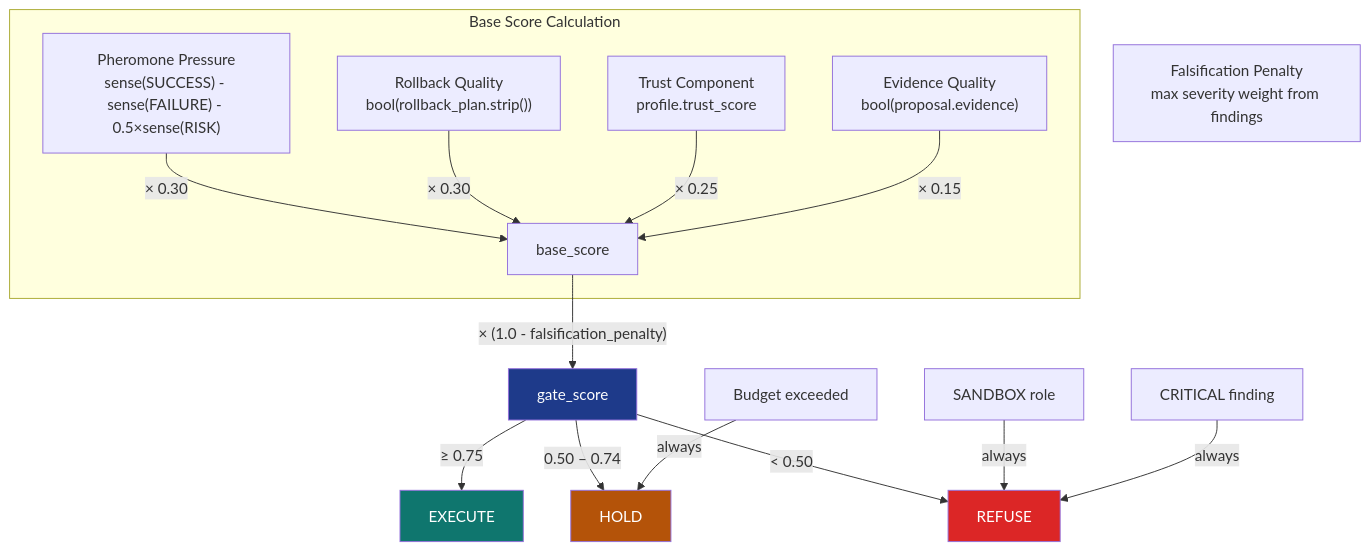
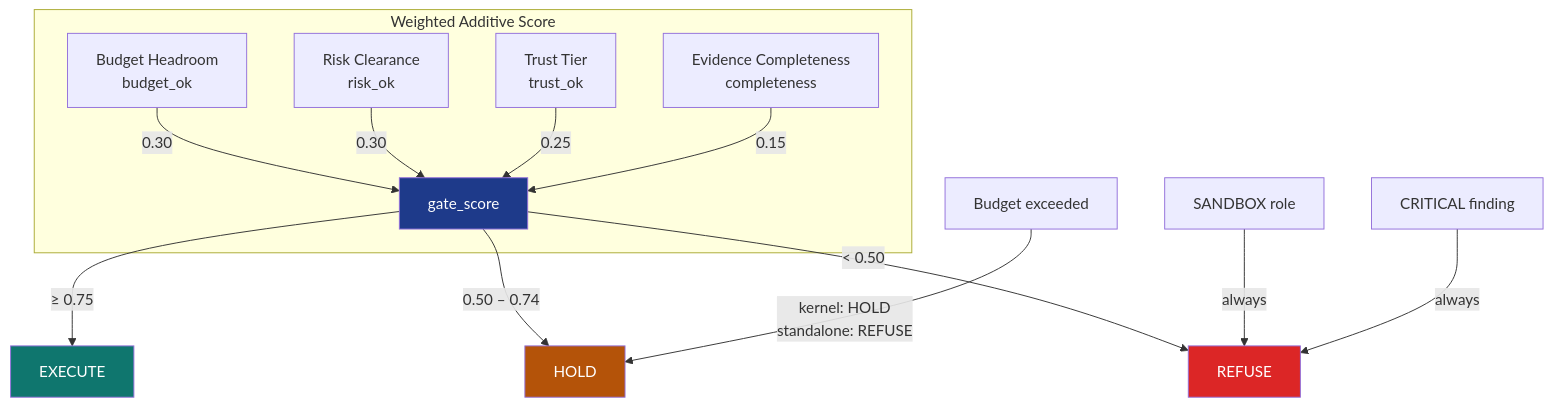
The first of 3 diagrams in docs/modules/colony_kernel/SPEC.md (docxology/codomyrmex), drawn with Mermaid before and after one commit. The commit also changed other lines of this file and 948 other files, not shown here.

````diff
--- a/docs/modules/colony_kernel/SPEC.md
+++ b/docs/modules/colony_kernel/SPEC.md
@@ -41,30 +49,27 @@
 ```mermaid
 flowchart TD
-    P["Pheromone Pressure<br/>sense(SUCCESS) - sense(FAILURE) - 0.5×sense(RISK)"]
-    R["Rollback Quality<br/>bool(rollback_plan.strip())"]
-    T["Trust Component<br/>profile.trust_score"]
-    E["Evidence Quality<br/>bool(proposal.evidence)"]
-    FP["Falsification Penalty<br/>max severity weight from findings"]
+    B["Budget Headroom<br/>budget_ok"]
+    R["Risk Clearance<br/>risk_ok"]
+    T["Trust Tier<br/>trust_ok"]
+    E["Evidence Completeness<br/>completeness"]
 
-    subgraph scoring["Base Score Calculation"]
-        P -->|"× 0.30"| BS["base_score"]
-        R -->|"× 0.30"| BS
-        T -->|"× 0.25"| BS
-        E -->|"× 0.15"| BS
+    subgraph scoring["Weighted Additive Score"]
+        B -->|"0.30"| GS["gate_score"]
+        R -->|"0.30"| GS
+        T -->|"0.25"| GS
+        E -->|"0.15"| GS
     end
-
-    BS -->|"× (1.0 - falsification_penalty)"| GS["gate_score"]
 
     GS -->|"≥ 0.75"| EX["EXECUTE"]
     GS -->|"0.50 – 0.74"| HOLD["HOLD"]
     GS -->|"< 0.50"| REF["REFUSE"]
 
     SANDBOX["SANDBOX role"] -->|"always"| REF
     CRITICAL["CRITICAL finding"] -->|"always"| REF
-    BUDGET["Budget exceeded"] -->|"always"| HOLD
+    BUDGET["Budget exceeded"] -->|"kernel: HOLD<br/>standalone: REFUSE"| HOLD
 
     style EX fill:#0f766e,color:#fff
     style HOLD fill:#b45309,color:#fff
     style REF fill:#dc2626,color:#fff
     style GS fill:#1e3a8a,color:#fff
 ```
````
